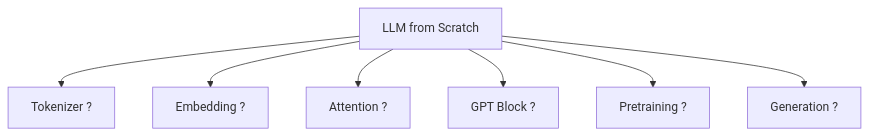
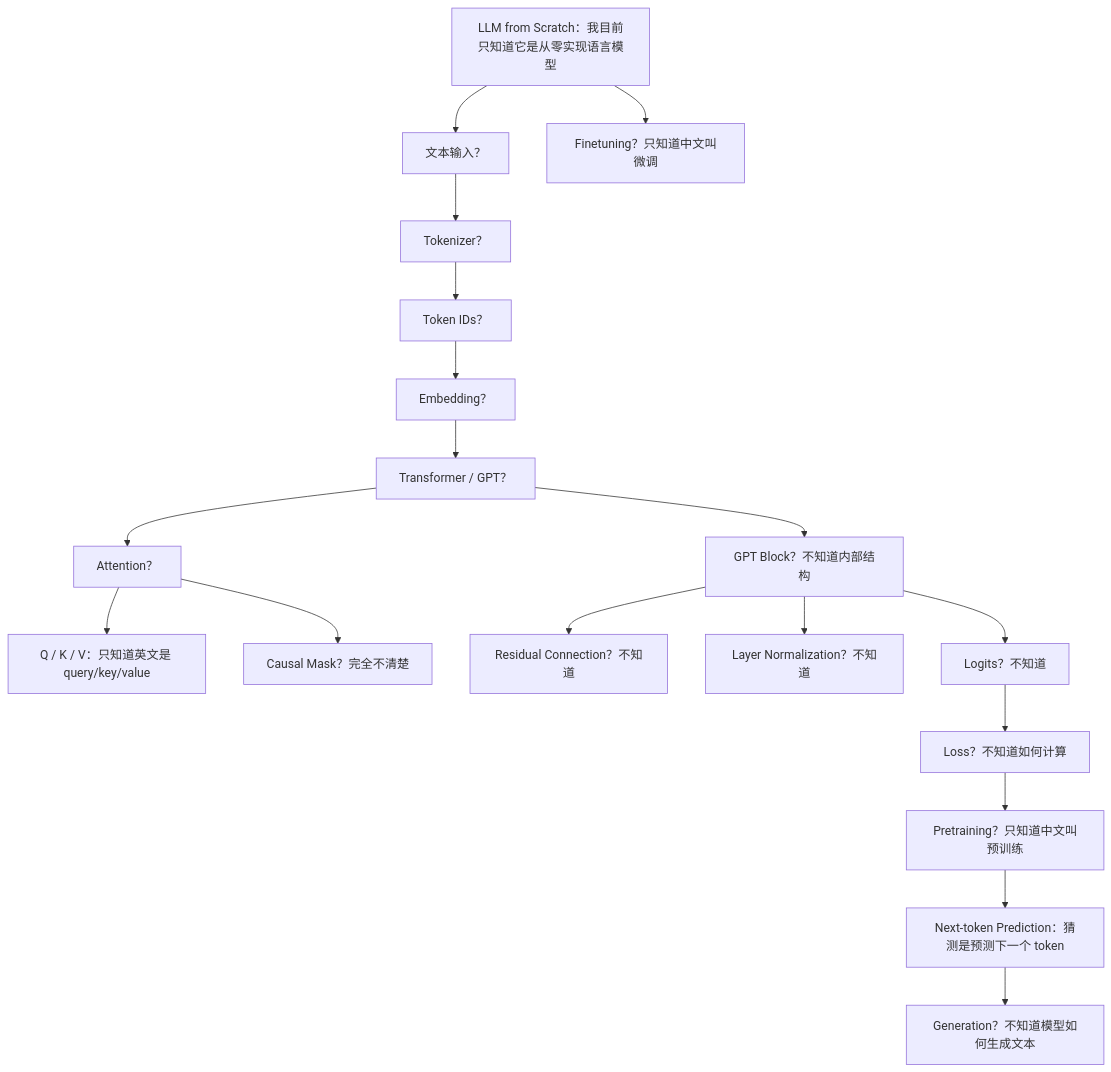
Before and after one commit to JXC240/ai-llm-from-scratch-learning: the diagram in 07_knowledge_maps/week0_initial_map.md, drawn with Mermaid. The commit also changed other lines of this file and 11 other files, not shown here.

````diff
--- a/07_knowledge_maps/week0_initial_map.md
+++ b/07_knowledge_maps/week0_initial_map.md
@@ -9,10 +14,27 @@
 ```mermaid
 graph TD
-  A["LLM from Scratch"]
-  A --> B["Tokenizer ?"]
-  A --> C["Embedding ?"]
-  A --> D["Attention ?"]
-  A --> E["GPT Block ?"]
-  A --> F["Pretraining ?"]
-  A --> G["Generation ?"]
+  A["LLM from Scratch：我目前只知道它是从零实现语言模型"]
+
+  A --> B["文本输入？"]
+  B --> C["Tokenizer？"]
+  C --> D["Token IDs？"]
+  D --> E["Embedding？"]
+
+  E --> F["Transformer / GPT？"]
+  F --> G["Attention？"]
+  G --> H["Q / K / V：只知道英文是 query/key/value"]
+  G --> I["Causal Mask？完全不清楚"]
+
+  F --> J["GPT Block？不知道内部结构"]
+  J --> K["Residual Connection？不知道"]
+  J --> L["Layer Normalization？不知道"]
+
+  J --> M["Logits？不知道"]
+  M --> N["Loss？不知道如何计算"]
+  N --> O["Pretraining？只知道中文叫预训练"]
+
+  O --> P["Next-token Prediction：猜测是预测下一个 token"]
+  P --> Q["Generation？不知道模型如何生成文本"]
+
+  A --> R["Finetuning？只知道中文叫微调"]
 ```
````
